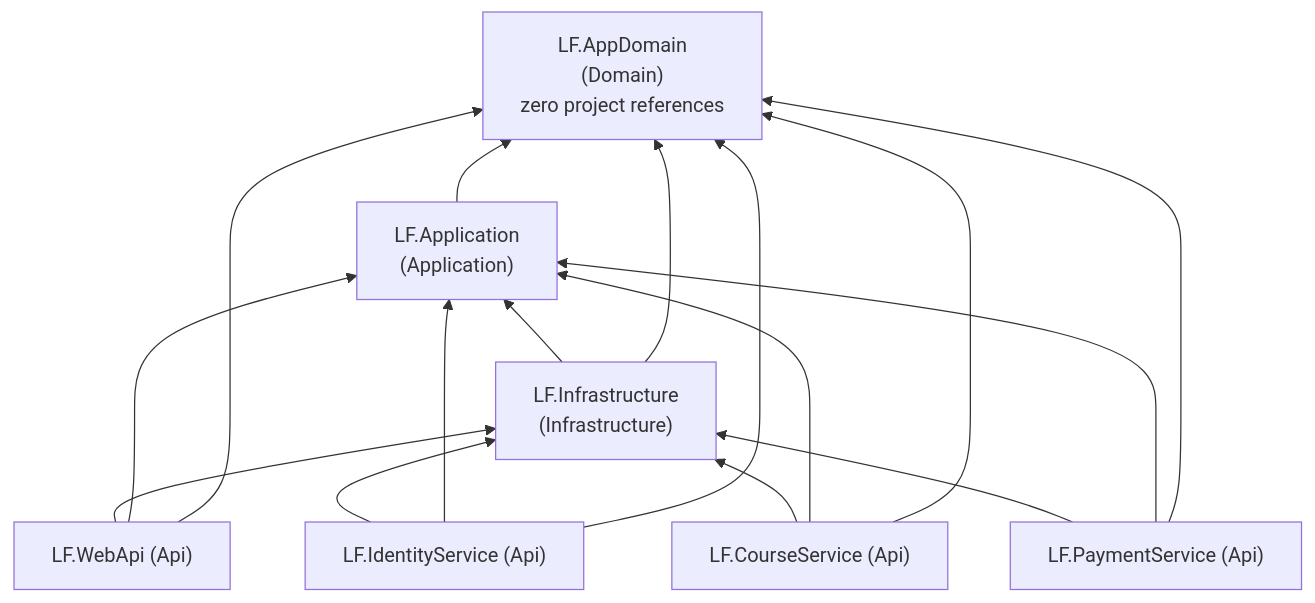
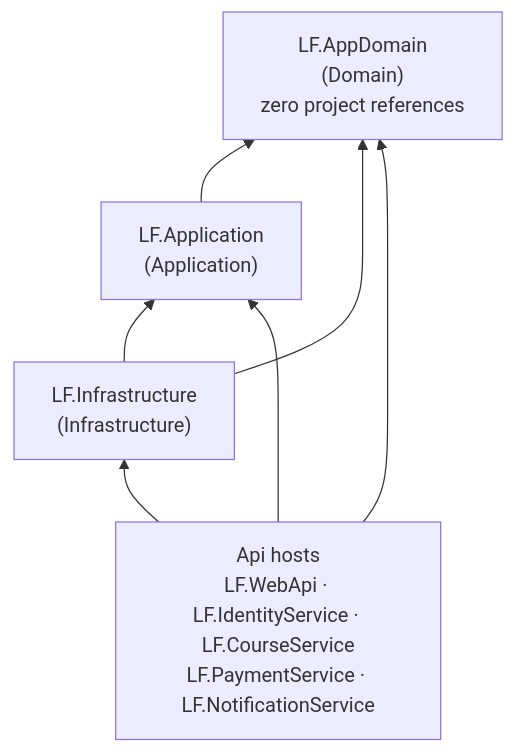
One commit to TopTuK/LeanForgeLMS changed the second of 2 diagrams in Architecture.md. Above: the diagram before and after it, drawn with Mermaid. The commit also changed other lines of this file and 1 other file, not shown here.

First line of the commit message:
Bring README and Architecture docs up to date

````diff
--- a/Architecture.md
+++ b/Architecture.md
@@ -116,26 +152,14 @@
 ```mermaid
 graph BT
     Domain["LF.AppDomain<br/>(Domain)<br/>zero project references"]
     App["LF.Application<br/>(Application)"]
     Infra["LF.Infrastructure<br/>(Infrastructure)"]
-    WebApi["LF.WebApi (Api)"]
-    IdentitySvc["LF.IdentityService (Api)"]
-    CourseSvc["LF.CourseService (Api)"]
-    PaymentSvc["LF.PaymentService (Api)"]
+    Hosts["Api hosts<br/>LF.WebApi · LF.IdentityService · LF.CourseService<br/>LF.PaymentService · LF.NotificationService"]
 
     App --> Domain
     Infra --> App
     Infra --> Domain
-    WebApi --> Infra
-    WebApi --> App
-    WebApi --> Domain
-    IdentitySvc --> Infra
-    IdentitySvc --> App
-    IdentitySvc --> Domain
-    CourseSvc --> Infra
-    CourseSvc --> App
-    CourseSvc --> Domain
-    PaymentSvc --> Infra
-    PaymentSvc --> App
-    PaymentSvc --> Domain
+    Hosts --> Infra
+    Hosts --> App
+    Hosts --> Domain
 ```
````
